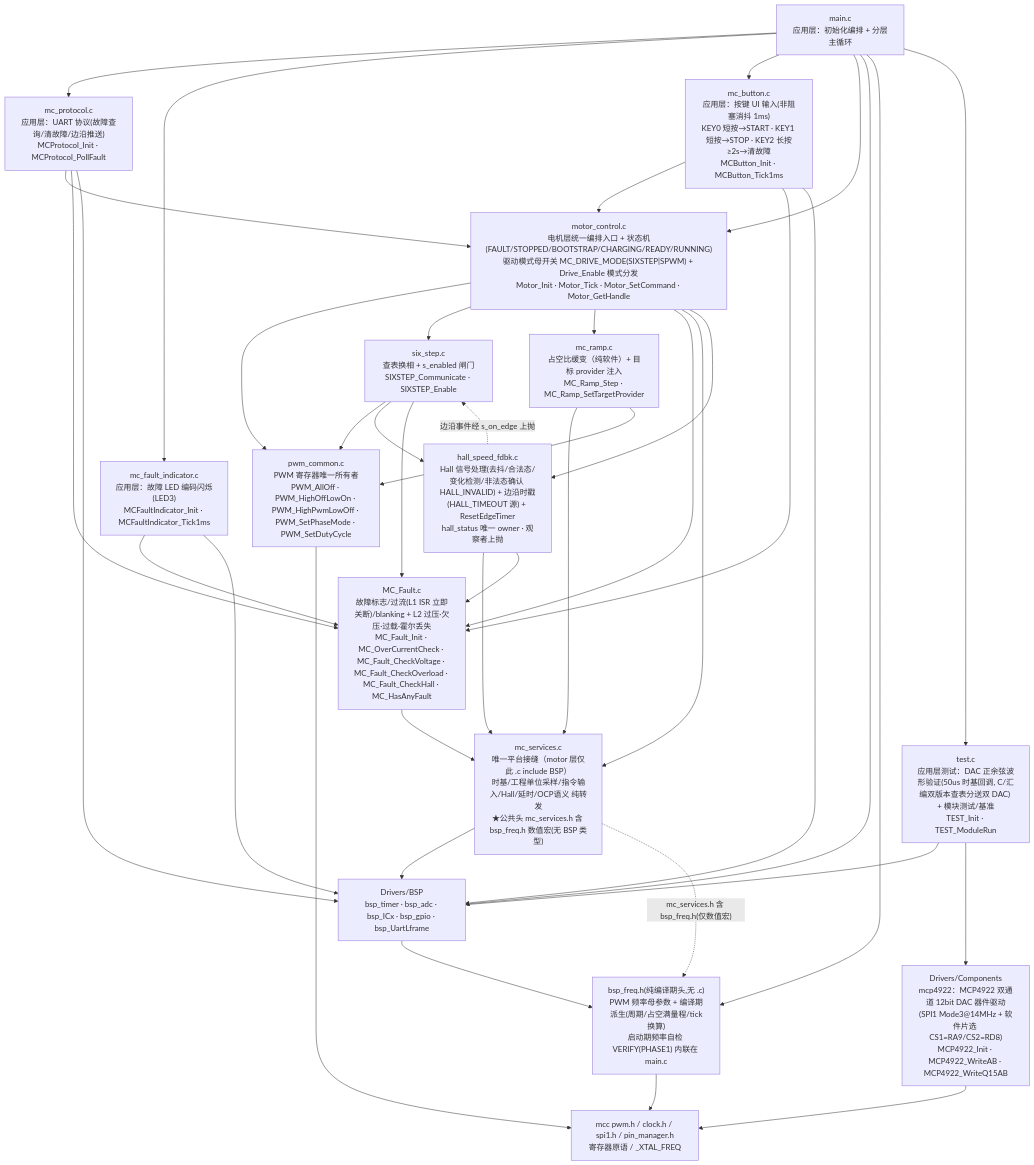
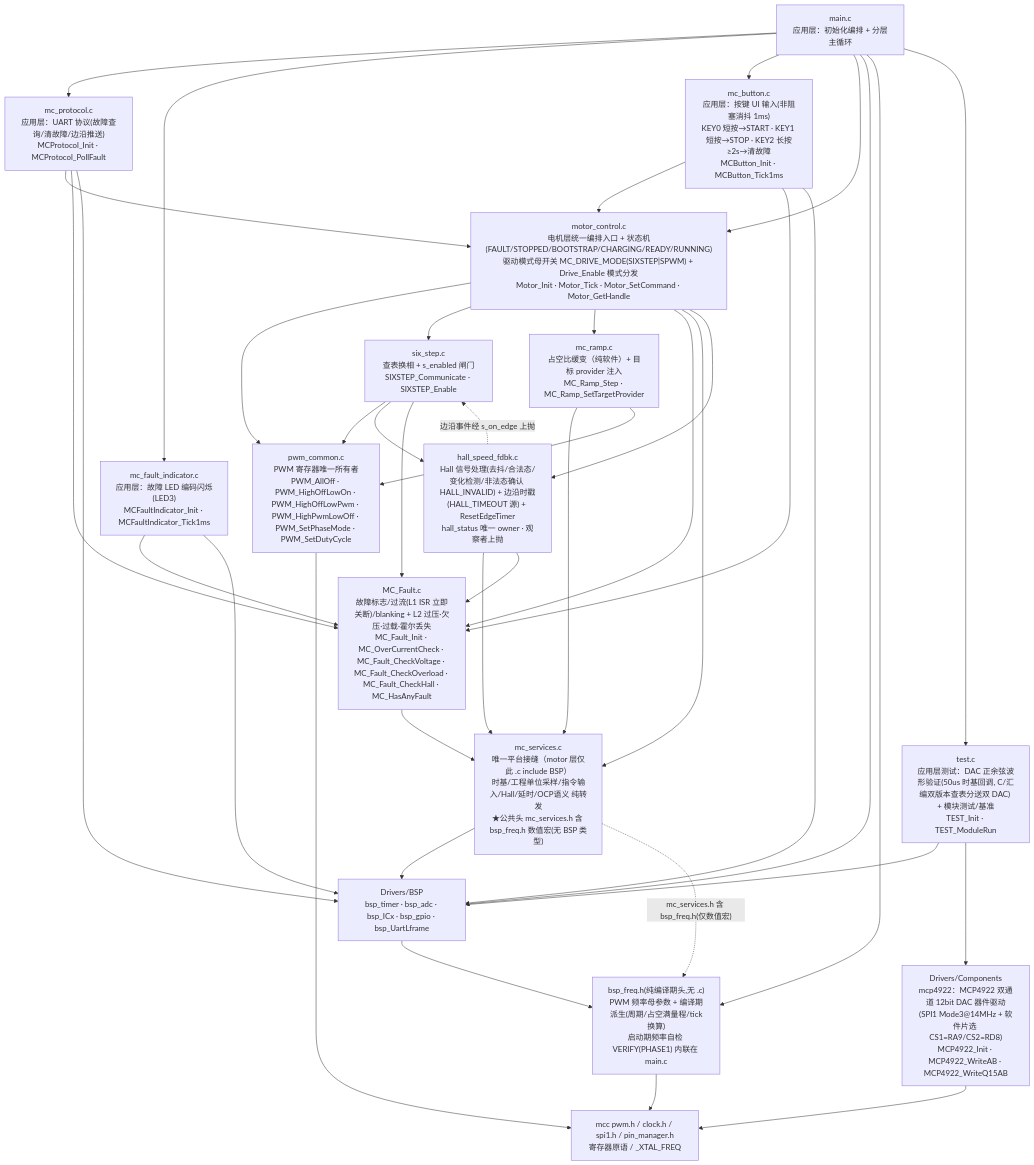
The first of 3 diagrams in Architecture.md (gaolang-oops/Hello_MCC.X), drawn with Mermaid before and after one commit. The commit also changed other lines of this file and 5 other files, not shown here.

First line of the commit message:
新增PWM_HighOffLowPwm：SPWM自举电容下桥PWM充电(HOFF_LPWM)

````diff
--- a/Architecture.md
+++ b/Architecture.md
@@ -8,58 +8,58 @@
 ```mermaid
 flowchart TD
     APP["main.c<br/>应用层：初始化编排 + 分层主循环"]
     TEST["test.c<br/>应用层测试：DAC 正余弦波形验证(50us 时基回调, C/汇编双版本查表分送双 DAC) + 模块测试/基准<br/>TEST_Init · TEST_ModuleRun"]
     PROTO["mc_protocol.c<br/>应用层：UART 协议(故障查询/清故障/边沿推送)<br/>MCProtocol_Init · MCProtocol_PollFault"]
     IND["mc_fault_indicator.c<br/>应用层：故障 LED 编码闪烁(LED3)<br/>MCFaultIndicator_Init · MCFaultIndicator_Tick1ms"]
     BTN["mc_button.c<br/>应用层：按键 UI 输入(非阻塞消抖 1ms)<br/>KEY0 短按→START · KEY1 短按→STOP · KEY2 长按≥2s→清故障<br/>MCButton_Init · MCButton_Tick1ms"]
     MC["motor_control.c<br/>电机层统一编排入口 + 状态机(FAULT/STOPPED/BOOTSTRAP/CHARGING/READY/RUNNING)<br/>驱动模式母开关 MC_DRIVE_MODE(SIXSTEP|SPWM) + Drive_Enable 模式分发<br/>Motor_Init · Motor_Tick · Motor_SetCommand · Motor_GetHandle"]
     FLT["MC_Fault.c<br/>故障标志/过流(L1 ISR 立即关断)/blanking + L2 过压·欠压·过载·霍尔丢失<br/>MC_Fault_Init · MC_OverCurrentCheck · MC_Fault_CheckVoltage · MC_Fault_CheckOverload · MC_Fault_CheckHall · MC_HasAnyFault"]
     RAMP["mc_ramp.c<br/>占空比缓变（纯软件）+ 目标 provider 注入<br/>MC_Ramp_Step · MC_Ramp_SetTargetProvider"]
     SS["six_step.c<br/>查表换相 + s_enabled 闸门<br/>SIXSTEP_Communicate · SIXSTEP_Enable"]
-    PWMC["pwm_common.c<br/>PWM 寄存器唯一所有者<br/>PWM_AllOff · PWM_HighOffLowOn · PWM_HighPwmLowOff · PWM_SetPhaseMode · PWM_SetDutyCycle"]
+    PWMC["pwm_common.c<br/>PWM 寄存器唯一所有者<br/>PWM_AllOff · PWM_HighOffLowOn · PWM_HighOffLowPwm · PWM_HighPwmLowOff · PWM_SetPhaseMode · PWM_SetDutyCycle"]
     HALL["hall_speed_fdbk.c<br/>Hall 信号处理(去抖/合法态/变化检测/非法态确认 HALL_INVALID) + 边沿时戳(HALL_TIMEOUT 源) + ResetEdgeTimer<br/>hall_status 唯一 owner · 观察者上抛"]
     MCS["mc_services.c<br/>唯一平台接缝（motor 层仅此 .c include BSP）<br/>时基/工程单位采样/指令输入/Hall/延时/OCP语义 纯转发<br/>★公共头 mc_services.h 含 bsp_freq.h 数值宏(无 BSP 类型)"]
     MCC["mcc pwm.h / clock.h / spi1.h / pin_manager.h<br/>寄存器原语 / _XTAL_FREQ"]
     BSP["Drivers/BSP<br/>bsp_timer · bsp_adc · bsp_ICx · bsp_gpio · bsp_UartLframe"]
     COMP["Drivers/Components<br/>mcp4922：MCP4922 双通道 12bit DAC 器件驱动(SPI1 Mode3@14MHz + 软件片选 CS1=RA9/CS2=RD8)<br/>MCP4922_Init · MCP4922_WriteAB · MCP4922_WriteQ15AB"]
     FREQ["bsp_freq.h(纯编译期头,无 .c)<br/>PWM 频率母参数 + 编译期派生(周期/占空满量程/tick换算)<br/>启动期频率自检 VERIFY(PHASE1) 内联在 main.c"]
 
     APP --> PROTO
     APP --> IND
     APP --> BTN
     APP --> MC
     APP --> BSP
     APP --> FREQ
     APP --> TEST
     TEST --> BSP
     TEST --> COMP
     COMP --> MCC
     MC --> PWMC
     MC --> SS
     MC --> RAMP
     MC --> FLT
     MC --> MCS
     MC --> HALL
     SS --> PWMC
     SS --> HALL
     SS --> FLT
     RAMP --> MCS
     RAMP --> PWMC
     FLT --> MCS
     PWMC --> MCC
     HALL --> MCS
     HALL --> FLT
     MCS --> BSP
     PROTO --> MC
     PROTO --> FLT
     PROTO --> BSP
     IND --> FLT
     IND --> BSP
     BTN --> MC
     BTN --> FLT
     BTN --> BSP
     MCS -. "mc_services.h 含 bsp_freq.h(仅数值宏)" .-> FREQ
     BSP --> FREQ
     FREQ --> MCC
     HALL -. "边沿事件经 s_on_edge 上抛" .-> SS
 ```
````
